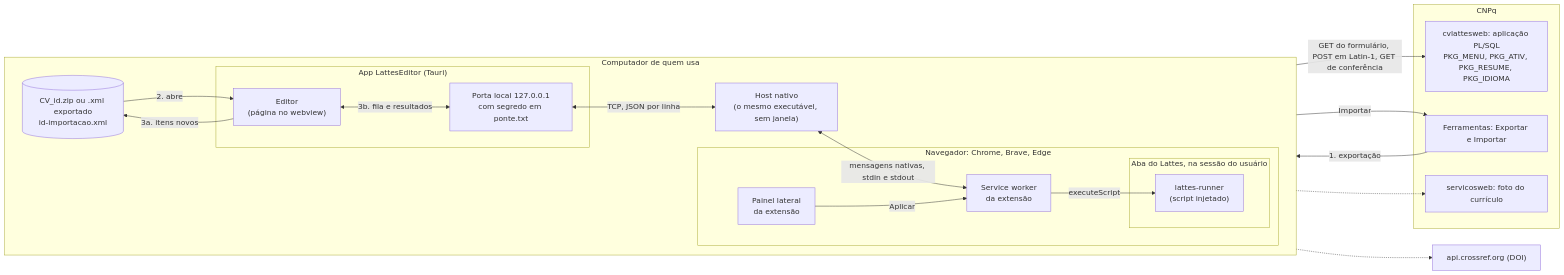
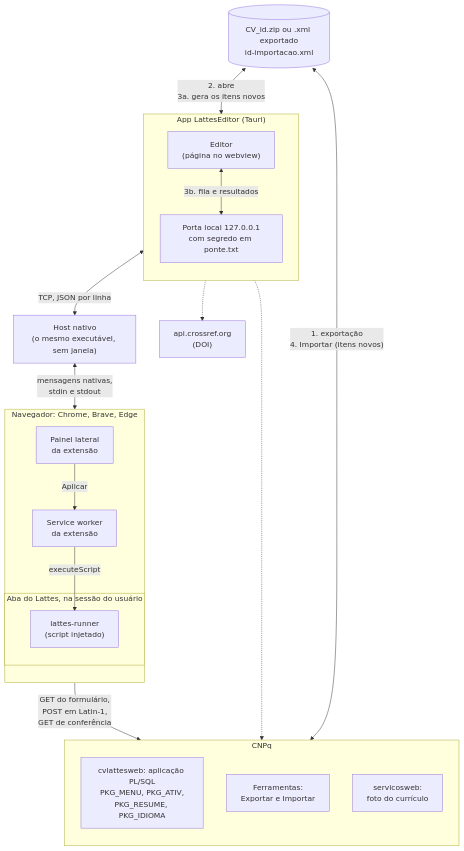
One commit to rlueder/lattes-editor changed the diagram in docs/lattes_internals.md. Above: the diagram before and after it, drawn with Mermaid.

Commit message:
docs: diagrama dos componentes na vertical
De cima para baixo (arquivos, app, host nativo, navegador, CNPq), com
cerca de 700 px de largura, para caber legível na coluna do GitHub.

````diff
--- a/docs/lattes_internals.md
+++ b/docs/lattes_internals.md
@@ -24,38 +24,40 @@
 ```mermaid
-flowchart LR
-  subgraph PC["Computador de quem usa"]
-    direction LR
-    Arquivos[("CV_id.zip ou .xml exportado<br/>id-importacao.xml")]
-    subgraph App["App LattesEditor (Tauri)"]
-      UI["Editor<br/>(página no webview)"]
-      Porta["Porta local 127.0.0.1<br/>com segredo em ponte.txt"]
+flowchart TB
+  subgraph CNPq["CNPq"]
+    direction TB
+    Gateway["cvlattesweb: aplicação PL/SQL<br/>PKG_MENU, PKG_ATIV,<br/>PKG_RESUME, PKG_IDIOMA"]
+    ImpExp["Ferramentas:<br/>Exportar e Importar"]
+    Foto["servicosweb:<br/>foto do currículo"]
+  end
+  Crossref["api.crossref.org<br/>(DOI)"]
+
+  subgraph Nav["Navegador: Chrome, Brave, Edge"]
+    direction TB
+    subgraph Aba["Aba do Lattes, na sessão do usuário"]
+      Runner["lattes-runner<br/>(script injetado)"]
     end
-    Host["Host nativo<br/>(o mesmo executável, sem janela)"]
-    subgraph Nav["Navegador: Chrome, Brave, Edge"]
-      Painel["Painel lateral<br/>da extensão"]
-      SW["Service worker<br/>da extensão"]
-      subgraph Aba["Aba do Lattes, na sessão do usuário"]
-        Runner["lattes-runner<br/>(script injetado)"]
-      end
-    end
+    SW["Service worker<br/>da extensão"]
+    Painel["Painel lateral<br/>da extensão"]
   end
-  subgraph CNPq["CNPq"]
-    Gateway["cvlattesweb: aplicação PL/SQL<br/>PKG_MENU, PKG_ATIV, PKG_RESUME, PKG_IDIOMA"]
-    ImpExp["Ferramentas: Exportar e Importar"]
-    Foto["servicosweb: foto do currículo"]
+
+  Host["Host nativo<br/>(o mesmo executável, sem janela)"]
+
+  subgraph App["App LattesEditor (Tauri)"]
+    direction TB
+    Porta["Porta local 127.0.0.1<br/>com segredo em ponte.txt"]
+    UI["Editor<br/>(página no webview)"]
   end
-  Crossref["api.crossref.org (DOI)"]
 
-  ImpExp -- "1. exportação" --> Arquivos
-  Arquivos -- "2. abre" --> UI
-  UI -- "3a. itens novos" --> Arquivos
-  Arquivos -- "Importar" --> ImpExp
+  Arquivos[("CV_id.zip ou .xml exportado<br/>id-importacao.xml")]
+
+  Arquivos <-- "1. exportação<br/>4. Importar (itens novos)" --> ImpExp
+  Arquivos <-- "2. abre<br/>3a. gera os itens novos" --> UI
   UI <-- "3b. fila e resultados" --> Porta
   Porta <-- "TCP, JSON por linha" --> Host
-  Host <-- "mensagens nativas, stdin e stdout" --> SW
+  Host <-- "mensagens nativas,<br/>stdin e stdout" --> SW
   Painel -- "Aplicar" --> SW
   SW -- "executeScript" --> Runner
-  Runner -- "GET do formulário, POST em Latin-1, GET de conferência" --> Gateway
+  Runner -- "GET do formulário,<br/>POST em Latin-1,<br/>GET de conferência" --> Gateway
   UI -.-> Foto
   UI -.-> Crossref
 ```
````
